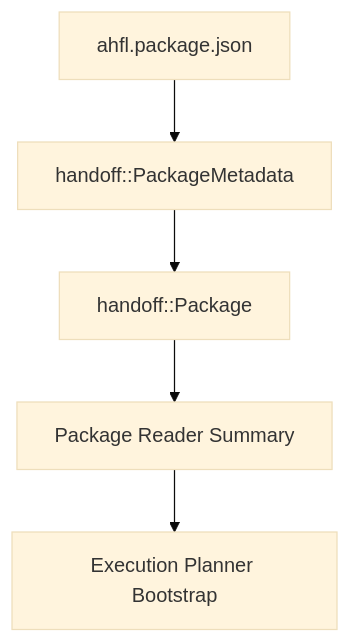
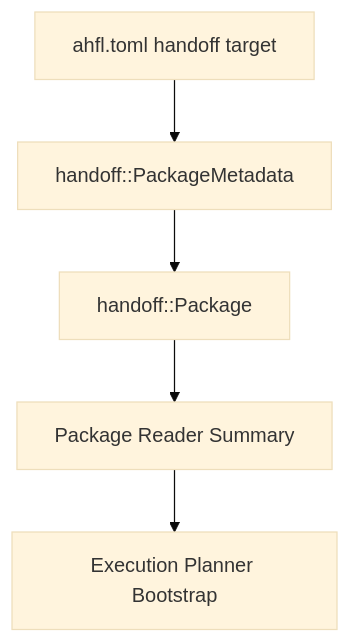
The first of 2 diagrams in docs/reference/native-handoff-usage.zh.md (Zzzode/AHFL), drawn with Mermaid (base theme) before and after one commit. The commit also changed other lines of this file and 7 other files, not shown here.

````diff
--- a/docs/reference/native-handoff-usage.zh.md
+++ b/docs/reference/native-handoff-usage.zh.md
@@ -31,7 +31,7 @@
 ```mermaid
 flowchart TD
-    PackageJson["ahfl.package.json"] --> Metadata["handoff::PackageMetadata"]
+    HandoffTarget["ahfl.toml handoff target"] --> Metadata["handoff::PackageMetadata"]
     Metadata --> Package["handoff::Package"]
     Package --> ReaderSummary["Package Reader Summary"]
     ReaderSummary --> PlannerBootstrap["Execution Planner Bootstrap"]
 ```
````
